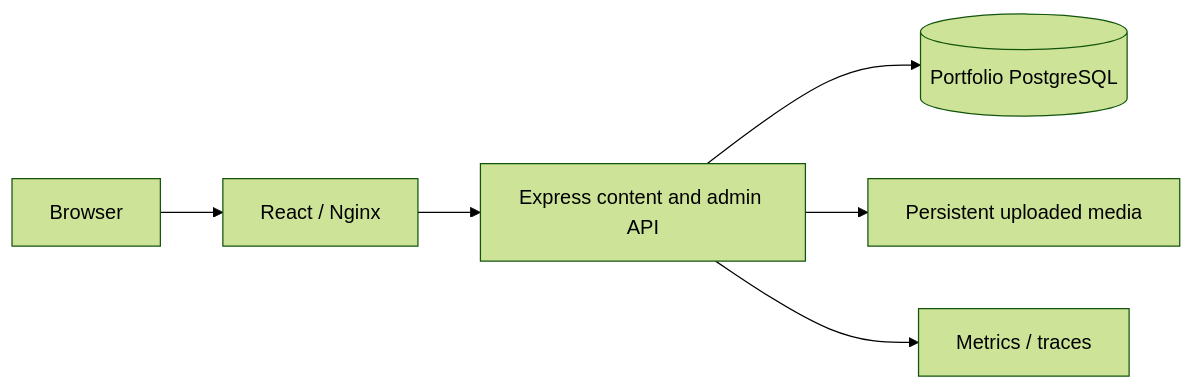
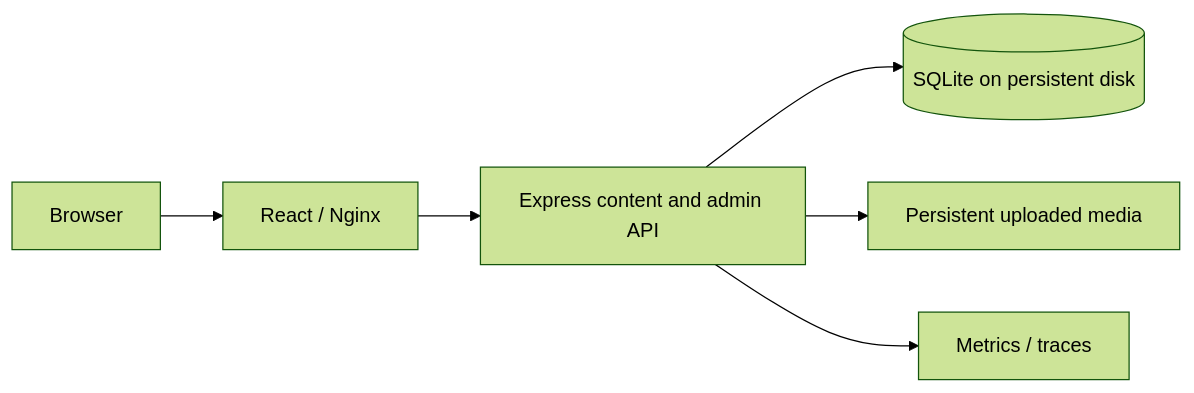
One commit to phanhoaithuabc/portfolio-project changed the diagram in docs/architecture.md. Above: the diagram before and after it, drawn with Mermaid (forest theme). The commit also changed other lines of this file and 64 other files, not shown here.

````diff
--- a/docs/architecture.md
+++ b/docs/architecture.md
@@ -5,8 +5,8 @@
 ```mermaid
 flowchart LR
   Browser --> Web[React / Nginx]
   Web --> API[Express content and admin API]
-  API --> Database[(Portfolio PostgreSQL)]
+  API --> Database[(SQLite on persistent disk)]
   API --> Media[Persistent uploaded media]
   API --> Telemetry[Metrics / traces]
 ```
````
